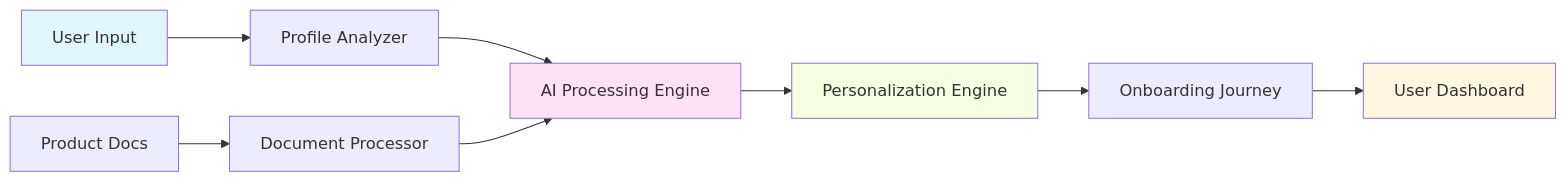
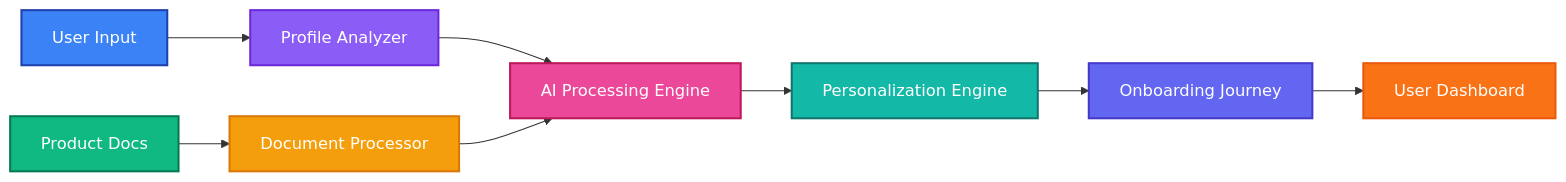
Before and after one commit to atharvax26/Customer-Onboarding-Agent: the diagram in README.md, drawn with Mermaid. The commit also changed other lines of this file, not shown here.

Commit message:
Update styles and LinkedIn link in README

````diff
--- a/README.md
+++ b/README.md
@@ -104,15 +104,19 @@
 ```mermaid
 graph LR
     A[User Input] --> B[Profile Analyzer]
     B --> C[AI Processing Engine]
     D[Product Docs] --> E[Document Processor]
     E --> C
     C --> F[Personalization Engine]
     F --> G[Onboarding Journey]
     G --> H[User Dashboard]
     
-    style A fill:#e1f5ff
-    style C fill:#ffe1f5
-    style F fill:#f5ffe1
-    style H fill:#fff5e1
+    style A fill:#3b82f6,stroke:#1e40af,stroke-width:2px,color:#ffffff
+    style B fill:#8b5cf6,stroke:#6d28d9,stroke-width:2px,color:#ffffff
+    style C fill:#ec4899,stroke:#be185d,stroke-width:2px,color:#ffffff
+    style D fill:#10b981,stroke:#047857,stroke-width:2px,color:#ffffff
+    style E fill:#f59e0b,stroke:#d97706,stroke-width:2px,color:#ffffff
+    style F fill:#14b8a6,stroke:#0f766e,stroke-width:2px,color:#ffffff
+    style G fill:#6366f1,stroke:#4338ca,stroke-width:2px,color:#ffffff
+    style H fill:#f97316,stroke:#ea580c,stroke-width:2px,color:#ffffff
 ```
````
